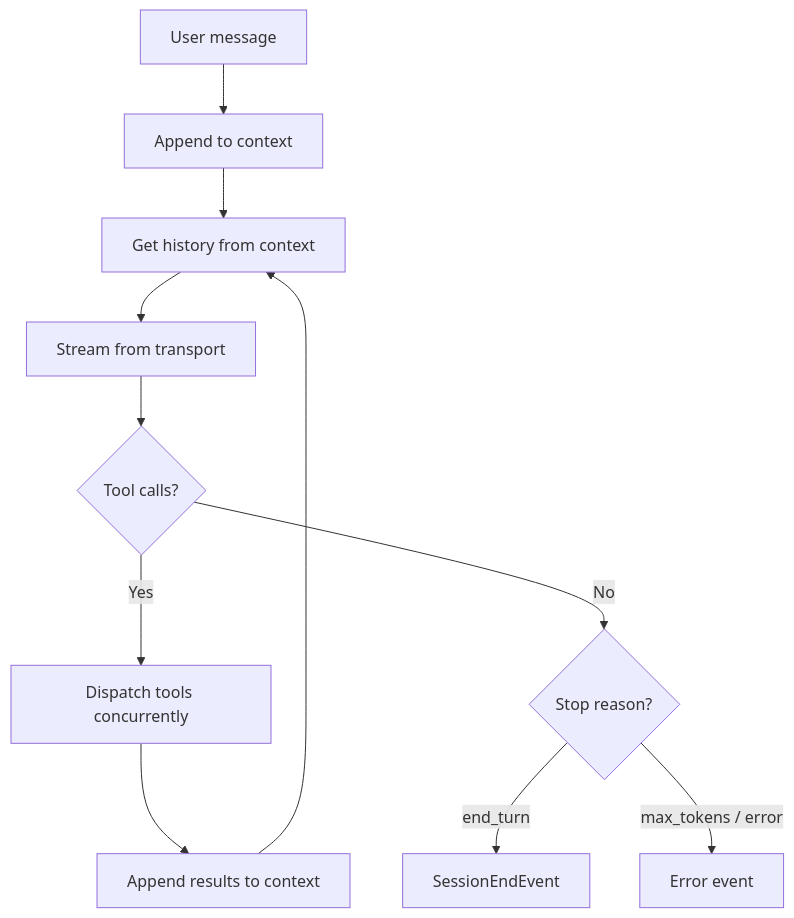
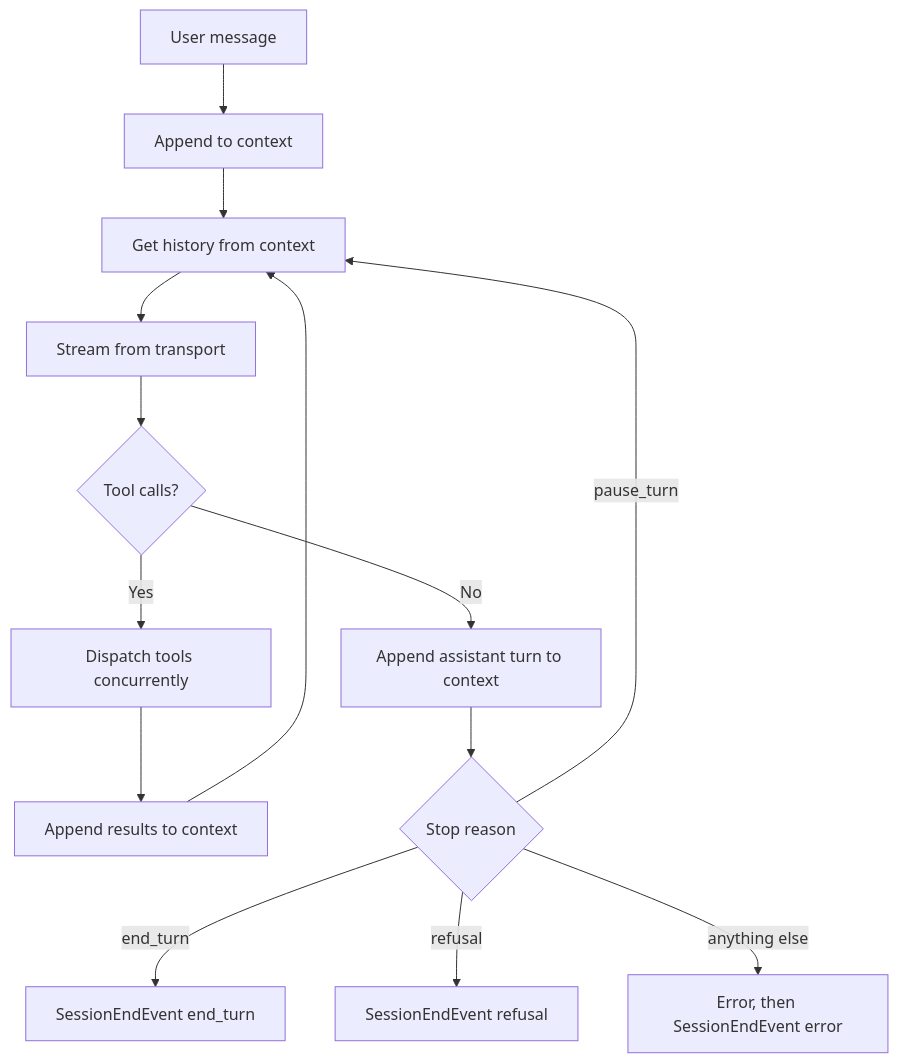
One commit to Alviner/axio-agent changed the diagram in docs/concepts/agent.md. Above: the diagram before and after it, drawn with Mermaid. The commit also changed other lines of this file and 129 other files, not shown here.

````diff
--- a/docs/concepts/agent.md
+++ b/docs/concepts/agent.md
@@ -55,13 +56,16 @@
 ```{mermaid}
 flowchart TD
     A[User message] --> B[Append to context]
     B --> C[Get history from context]
     C --> D[Stream from transport]
     D --> E{Tool calls?}
     E -- Yes --> F[Dispatch tools concurrently]
     F --> G[Append results to context]
     G --> C
-    E -- No --> H{Stop reason?}
-    H -- end_turn --> I[SessionEndEvent]
-    H -- max_tokens / error --> J[Error event]
+    E -- No --> H[Append assistant turn to context]
+    H --> I{Stop reason}
+    I -- end_turn --> J[SessionEndEvent end_turn]
+    I -- refusal --> K[SessionEndEvent refusal]
+    I -- pause_turn --> C
+    I -- anything else --> L[Error, then SessionEndEvent error]
 ```
````
